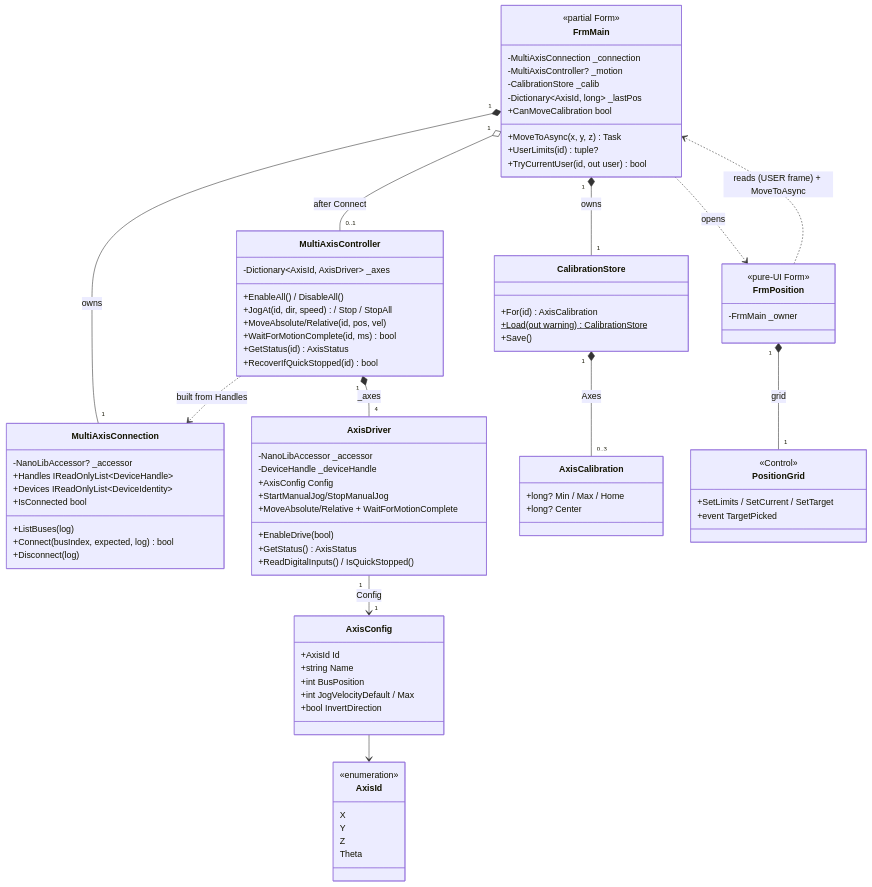
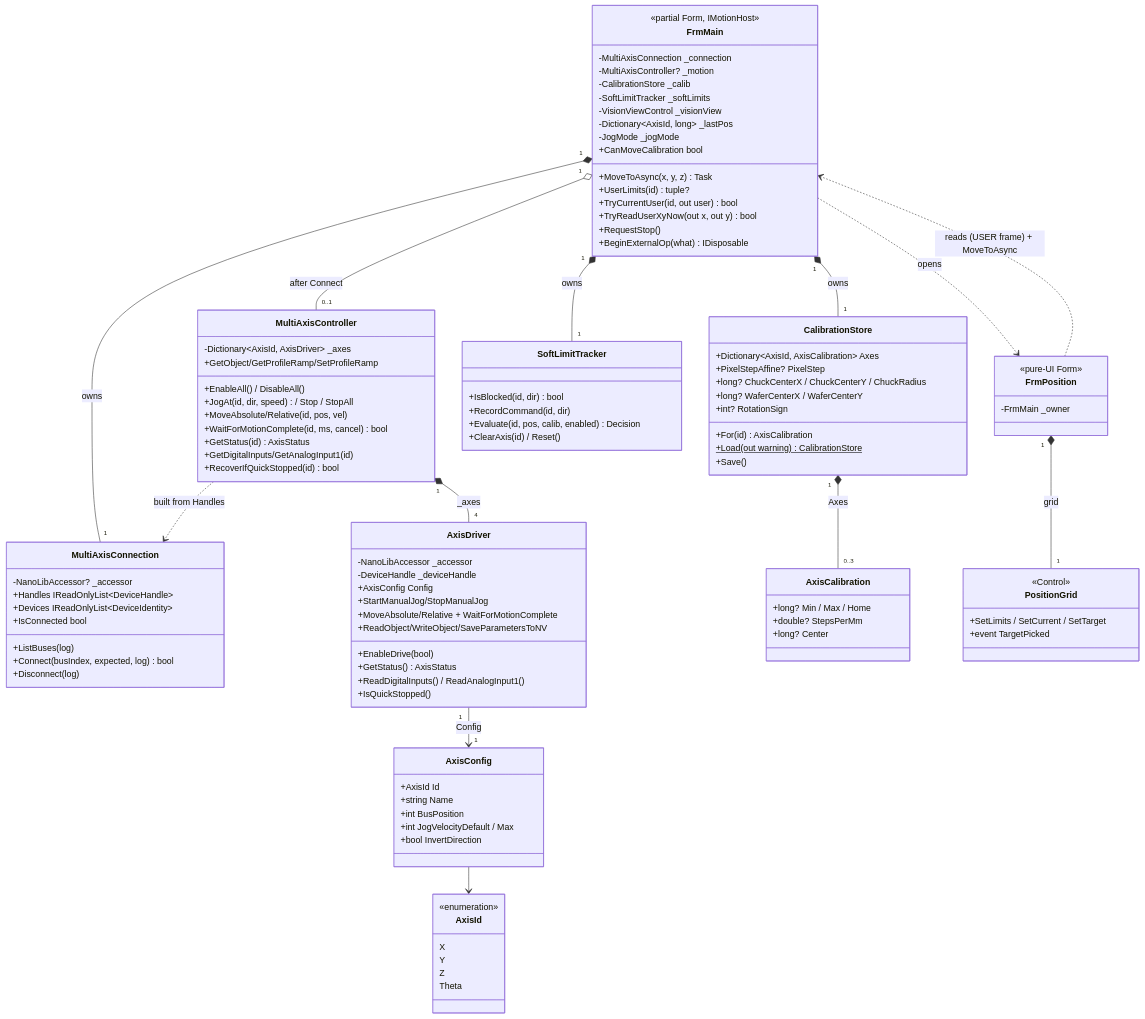
The second of 6 diagrams in docs/developer-guide/index.md (alexanderYaw/nanotec-controller), drawn with Mermaid before and after one commit. The commit also changed other lines of this file and 1 other file, not shown here.

````diff
--- a/docs/developer-guide/index.md
+++ b/docs/developer-guide/index.md
@@ -56,14 +59,20 @@
 ```mermaid
 classDiagram
     class FrmMain {
-        <<partial Form>>
+        <<partial Form, IMotionHost>>
         -MultiAxisConnection _connection
         -MultiAxisController? _motion
         -CalibrationStore _calib
+        -SoftLimitTracker _softLimits
+        -VisionViewControl _visionView
         -Dictionary~AxisId, long~ _lastPos
+        -JogMode _jogMode
         +MoveToAsync(x, y, z) Task
         +UserLimits(id) tuple?
         +TryCurrentUser(id, out user) bool
+        +TryReadUserXyNow(out x, out y) bool
+        +RequestStop()
+        +BeginExternalOp(what) IDisposable
         +CanMoveCalibration bool
     }
     class MultiAxisConnection {
@@ -80,8 +89,10 @@
         +EnableAll() / DisableAll()
         +JogAt(id, dir, speed) / Stop / StopAll
         +MoveAbsolute/Relative(id, pos, vel)
-        +WaitForMotionComplete(id, ms) bool
+        +WaitForMotionComplete(id, ms, cancel) bool
         +GetStatus(id) AxisStatus
+        +GetDigitalInputs/GetAnalogInput1(id)
+        +GetObject/GetProfileRamp/SetProfileRamp
         +RecoverIfQuickStopped(id) bool
     }
     class AxisDriver {
@@ -92,7 +103,9 @@
         +StartManualJog/StopManualJog
         +MoveAbsolute/Relative + WaitForMotionComplete
         +GetStatus() AxisStatus
-        +ReadDigitalInputs() / IsQuickStopped()
+        +ReadDigitalInputs() / ReadAnalogInput1()
+        +ReadObject/WriteObject/SaveParametersToNV
+        +IsQuickStopped()
     }
     class AxisConfig {
         +AxisId Id
@@ -109,13 +122,25 @@
         Theta
     }
     class CalibrationStore {
+        +Dictionary~AxisId, AxisCalibration~ Axes
+        +PixelStepAffine? PixelStep
+        +long? ChuckCenterX / ChuckCenterY / ChuckRadius
+        +long? WaferCenterX / WaferCenterY
+        +int? RotationSign
         +For(id) AxisCalibration
         +Load(out warning) CalibrationStore$
         +Save()
     }
     class AxisCalibration {
         +long? Min / Max / Home
+        +double? StepsPerMm
         +long? Center
+    }
+    class SoftLimitTracker {
+        +IsBlocked(id, dir) bool
+        +RecordCommand(id, dir)
+        +Evaluate(id, pos, calib, enabled) Decision
+        +ClearAxis(id) / Reset()
     }
     class FrmPosition {
         <<pure-UI Form>>
@@ -130,6 +155,7 @@
     FrmMain "1" *-- "1" MultiAxisConnection : owns
     FrmMain "1" o-- "0..1" MultiAxisController : after Connect
     FrmMain "1" *-- "1" CalibrationStore : owns
+    FrmMain "1" *-- "1" SoftLimitTracker : owns
     FrmMain ..> FrmPosition : opens
     MultiAxisController "1" *-- "4" AxisDriver : _axes
     MultiAxisController ..> MultiAxisConnection : built from Handles
````
